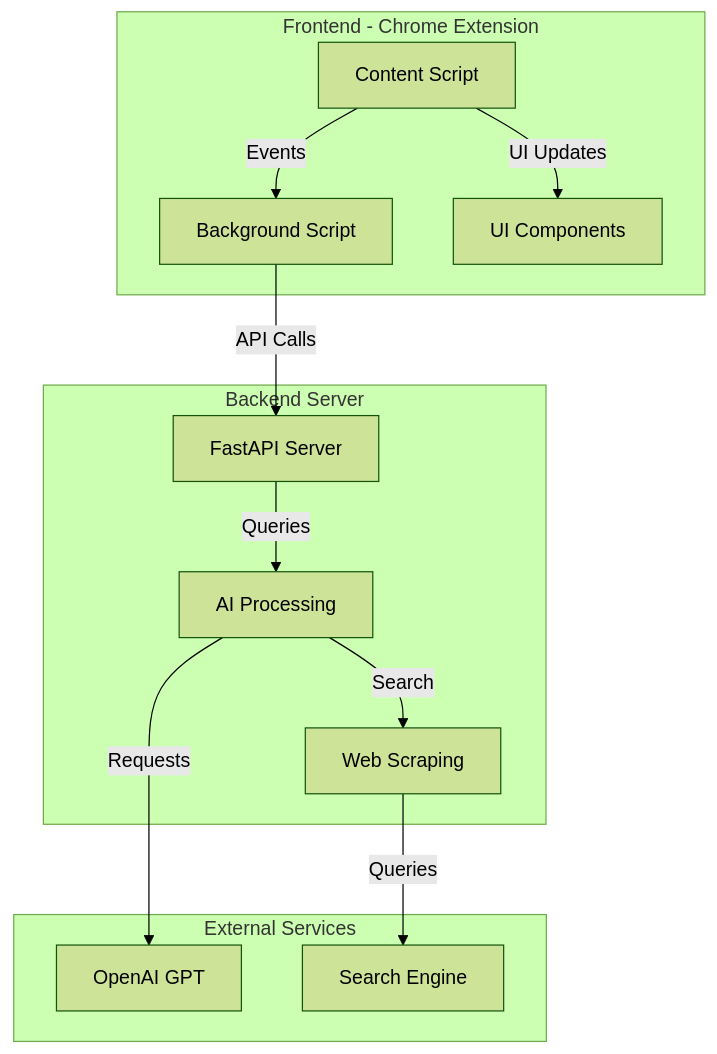
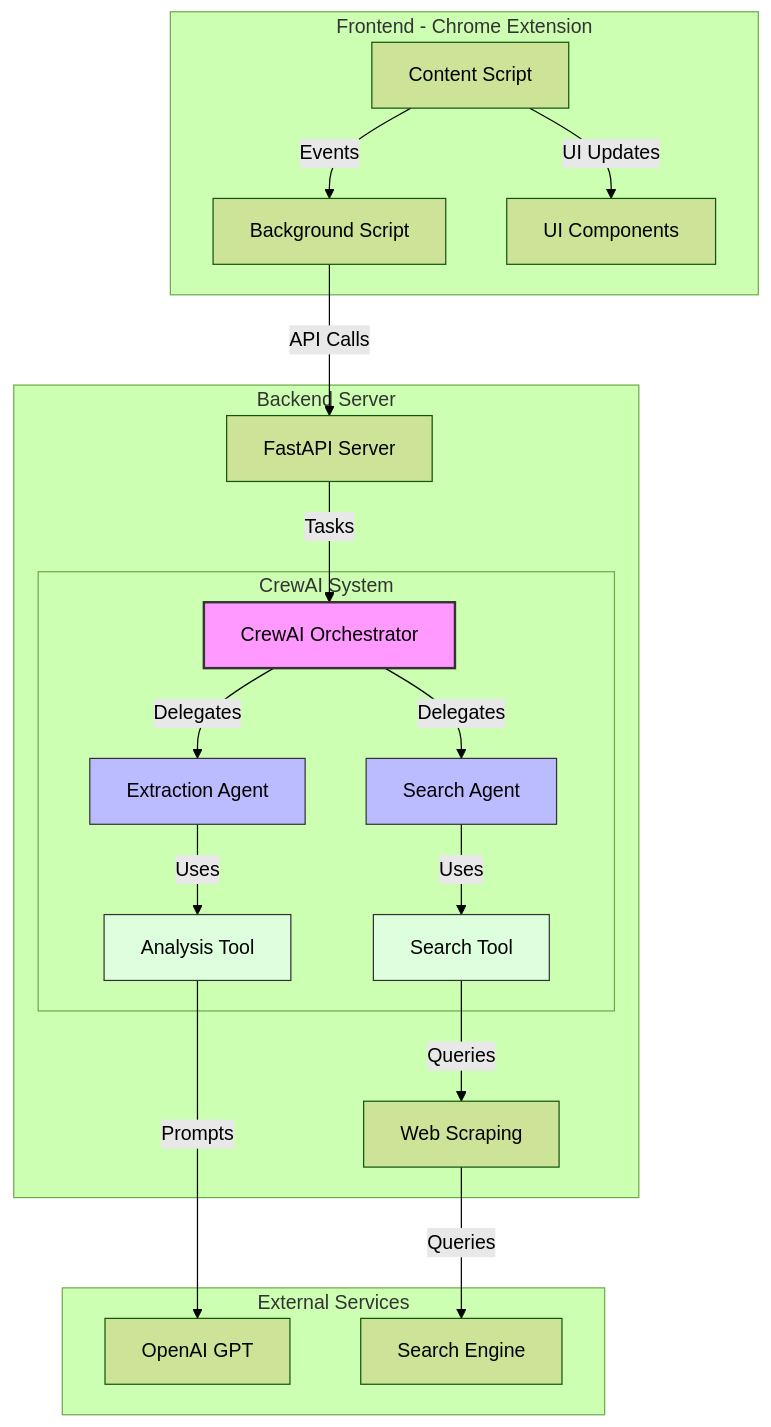
Before and after one commit to KrishnaKumarSoni/beatscript: the first of 9 diagrams in progress.md, drawn with Mermaid (forest theme). The commit also changed other lines of this file and 16 other files, not shown here.

````diff
--- a/progress.md
+++ b/progress.md
@@ -18,27 +210,48 @@
 ```mermaid
 graph TB
     subgraph "Frontend - Chrome Extension"
         CE[Content Script]
         BG[Background Script]
         UI[UI Components]
     end
     
     subgraph "Backend Server"
         API[FastAPI Server]
-        AI[AI Processing]
+        
+        subgraph "CrewAI System"
+            CAI[CrewAI Orchestrator]
+            SA[Search Agent]
+            EA[Extraction Agent]
+            ST[Search Tool]
+            AT[Analysis Tool]
+        end
+        
         WS[Web Scraping]
     end
     
     subgraph "External Services"
         OAI[OpenAI GPT]
         SE[Search Engine]
     end
     
     CE -->|Events| BG
     BG -->|API Calls| API
     CE -->|UI Updates| UI
-    API -->|Queries| AI
-    AI -->|Requests| OAI
-    AI -->|Search| WS
+    
+    API -->|Tasks| CAI
+    CAI -->|Delegates| SA
+    CAI -->|Delegates| EA
+    
+    SA -->|Uses| ST
+    EA -->|Uses| AT
+    
+    ST -->|Queries| WS
+    AT -->|Prompts| OAI
     WS -->|Queries| SE
+    
+    style CAI fill:#f9f,stroke:#333,stroke-width:2px
+    style SA fill:#bbf,stroke:#333
+    style EA fill:#bbf,stroke:#333
+    style ST fill:#dfd,stroke:#333
+    style AT fill:#dfd,stroke:#333
 ```
````
